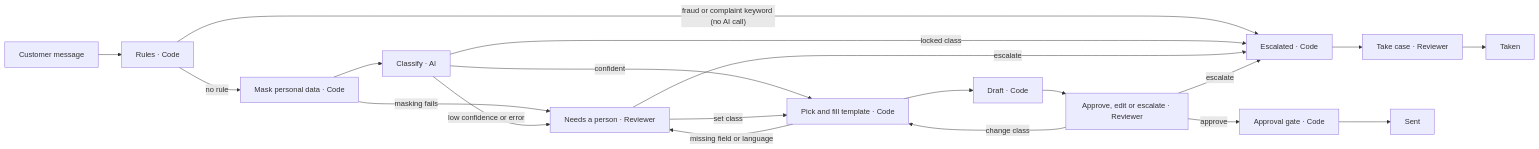
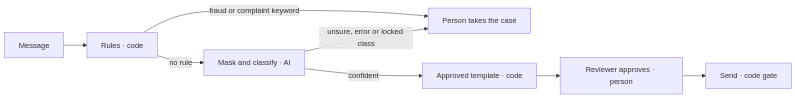
One commit to azizmdj/ai_support_agent changed the diagram in README.md. Above: the diagram before and after it, drawn with Mermaid. The commit also changed other lines of this file and 1 other file, not shown here.

````diff
--- a/README.md
+++ b/README.md
@@ -25,19 +26,9 @@
 ```mermaid
 flowchart LR
-  M[Customer message] --> R["Rules · Code"]
-  R -- "fraud or complaint keyword (no AI call)" --> E["Escalated · Code"]
-  R -- no rule --> P["Mask personal data · Code"] --> C["Classify · AI"]
-  P -- masking fails --> N["Needs a person · Reviewer"]
-  C -- locked class --> E
-  C -- "low confidence or error" --> N
-  C -- confident --> T["Pick and fill template · Code"]
-  N -- set class --> T
-  N -- escalate --> E
-  T -- "missing field or language" --> N
-  T --> D["Draft · Code"]
-  D --> V["Approve, edit or escalate · Reviewer"]
-  V -- escalate --> E
-  V -- change class --> T
-  E --> K["Take case · Reviewer"] --> X[Taken]
-  V -- approve --> G["Approval gate · Code"] --> S[Sent]
+  M[Message] --> R["Rules · code"]
+  R -- fraud or complaint keyword --> P["Person takes the case"]
+  R -- no rule --> A["Mask and classify · AI"]
+  A -- unsure, error or locked class --> P
+  A -- confident --> T["Approved template · code"]
+  T --> V["Reviewer approves · person"] --> S["Send · code gate"]
 ```
````
